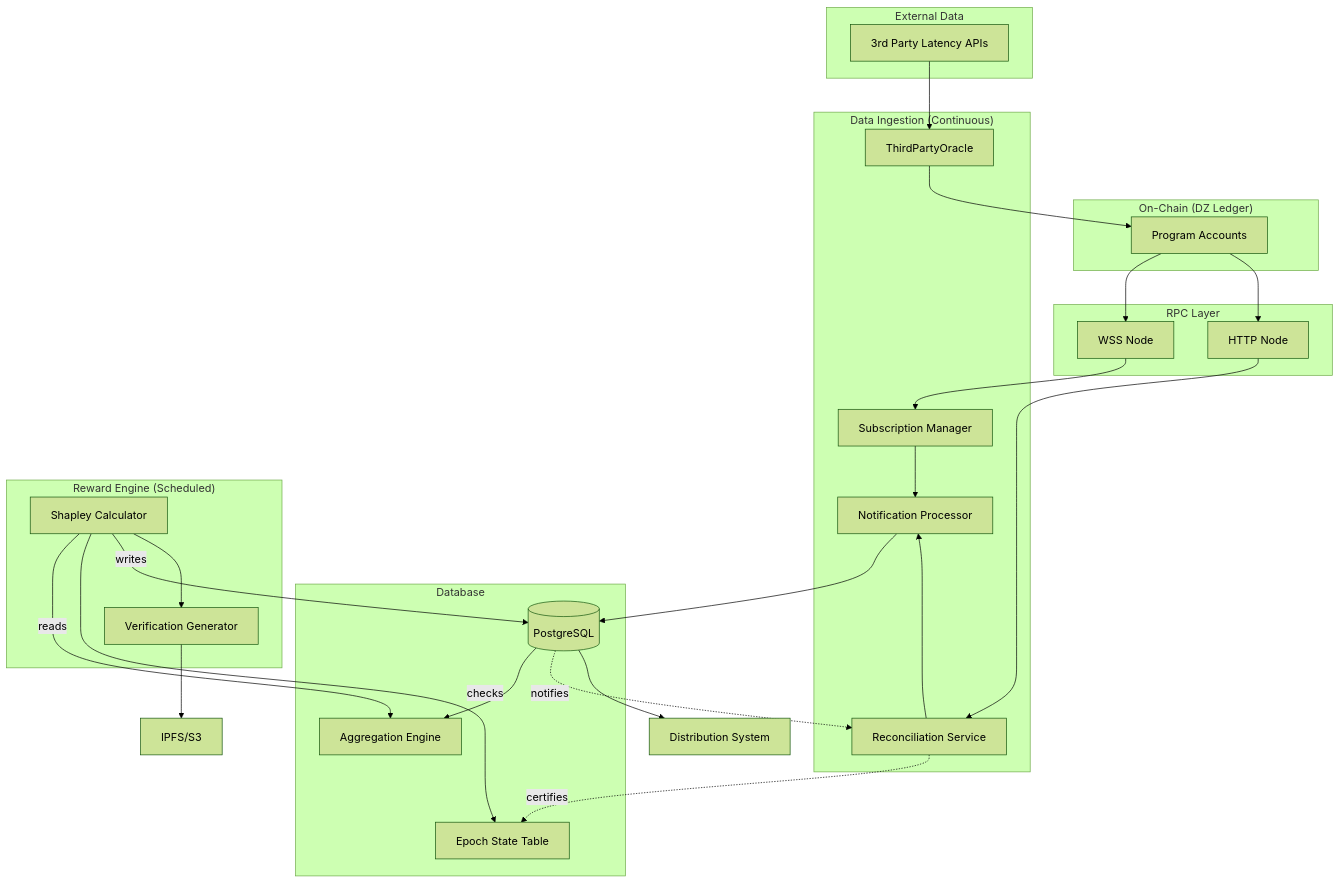
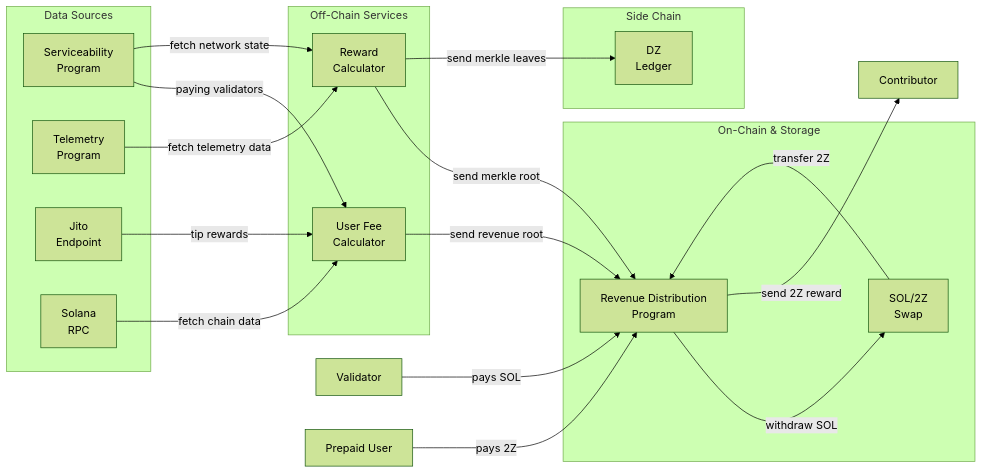
One commit to malbeclabs/doublezero changed the first of 2 diagrams in rfcs/rfc5-rewards-division.md. Above: the diagram before and after it, drawn with Mermaid (forest theme). The commit also changed other lines of this file, not shown here.

````diff
--- a/rfcs/rfc5-rewards-division.md
+++ b/rfcs/rfc5-rewards-division.md
@@ -49,63 +39,45 @@
 ```mermaid
-graph TD
-    subgraph "On-Chain (DZ Ledger)"
-        A[Program Accounts]
+graph LR
+    V[Validator]
+    PU[Prepaid User]
+    C[Contributor]
+
+    subgraph DS[Data Sources]
+        SP[Serviceability<br/>Program]
+        TP[Telemetry<br/>Program]
+        JITO[Jito<br/>Endpoint]
+        RPC[Solana<br/>RPC]
     end
 
-    subgraph "External Data"
-        AA[3rd Party Latency APIs]
+    subgraph OC[Off-Chain Services]
+        UFC[User Fee<br/>Calculator]
+        RC[Reward<br/>Calculator]
     end
 
-    subgraph "RPC Layer"
-        B[WSS Node]
-        C[HTTP Node]
+    subgraph SIDE CHAIN[Side Chain]
+        DZ[DZ<br/>Ledger]
     end
 
-    subgraph "Data Ingestion (Continuous)"
-        D[Subscription Manager]
-        E[Reconciliation Service]
-        E2[ThirdPartyOracle]
-        F[Notification Processor]
+    subgraph ONCHAIN[On-Chain & Storage]
+        RDP[Revenue Distribution<br/>Program]
+        SWAP[SOL/2Z<br/>Swap]
     end
 
-    subgraph "Database"
-        G[(PostgreSQL)]
-        H[Aggregation Engine]
-        H2[Epoch State Table]
-    end
+    SP -->|paying validators| UFC
+    JITO -->|tip rewards| UFC
+    RPC -->|fetch chain data| UFC
 
-    subgraph "Reward Engine (Scheduled)"
-        I[Shapley Calculator]
-        J[Verification Generator]
-    end
+    SP -->|fetch network state| RC
+    TP -->|fetch telemetry data| RC
 
-    K[IPFS/S3]
-    L[Distribution System]
+    UFC -->|send revenue root| RDP
+    RC -->|send merkle root| RDP
+    RC -->|send merkle leaves| DZ
 
-    A --> B
-    A --> C
-    AA --> E2
+    V -->|pays SOL| RDP
+    PU -->|pays 2Z| RDP
+    RDP -->|withdraw SOL| SWAP
+    SWAP -->|transfer 2Z| RDP
 
-    B --> D
-    C --> E
-
-    D --> F
-    E --> F
-
-    E2 --> A
-
-    F --> G
-    G --> H
-
-    G -.-> |notifies| E
-    E -.-> |certifies| H2
-
-    I --> |reads| H
-    I --> |checks| H2
-    I --> |writes| G
-
-    I --> J
-    J --> K
-
-    G --> L
+    RDP -->|send 2Z reward| C
 ```
````
